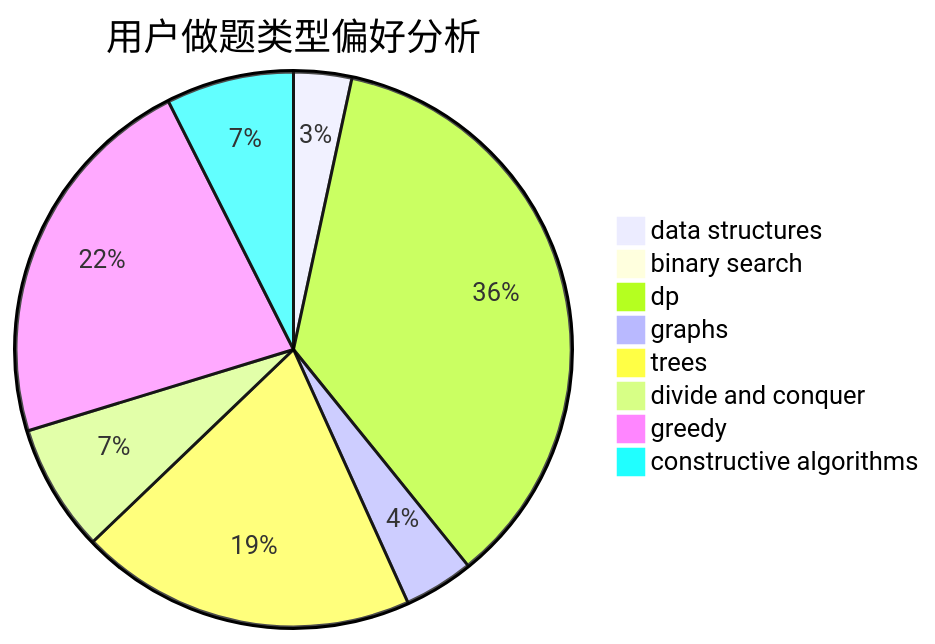
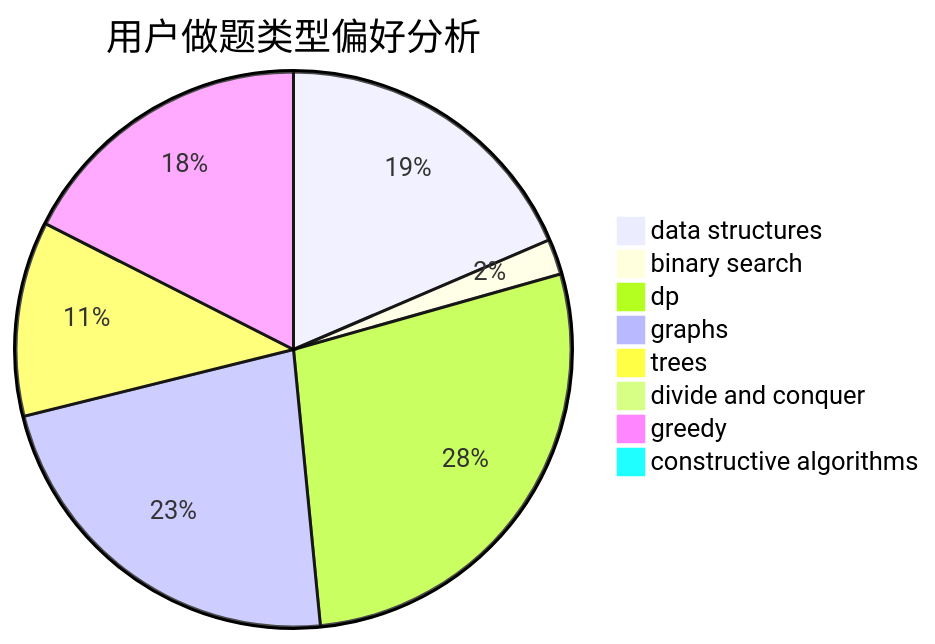
The second of 3 diagrams in docs/user/u462.md (sherpahu/cfrs.github.io), drawn with Mermaid before and after one commit. The commit also changed other lines of this file and 2770 other files, not shown here.

````diff
--- a/docs/user/u462.md
+++ b/docs/user/u462.md
@@ -23,11 +23,11 @@
 ```mermaid
 pie title 用户做题类型偏好分析
-    "data structures" :  5
-    "binary search" :  1
-    "dp" :  53
-    "graphs" :  6
-    "trees" :  29
-    "divide and conquer" :  11
-    "greedy" :  33
-    "constructive algorithms" :  11
+    "data structures" :  18
+    "binary search" :  2
+    "dp" :  27
+    "graphs" :  22
+    "trees" :  11
+    "divide and conquer" :  0
+    "greedy" :  17
+    "constructive algorithms" :  0
 ```
````
